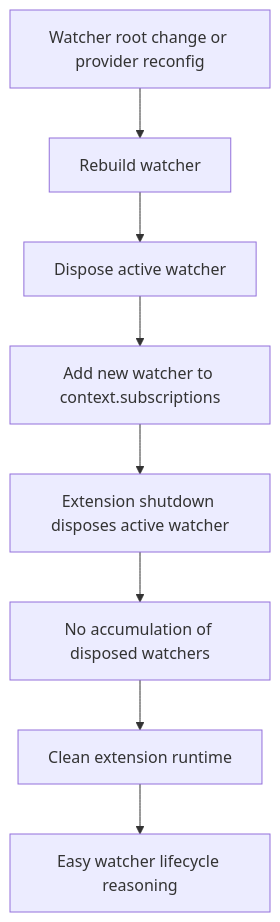
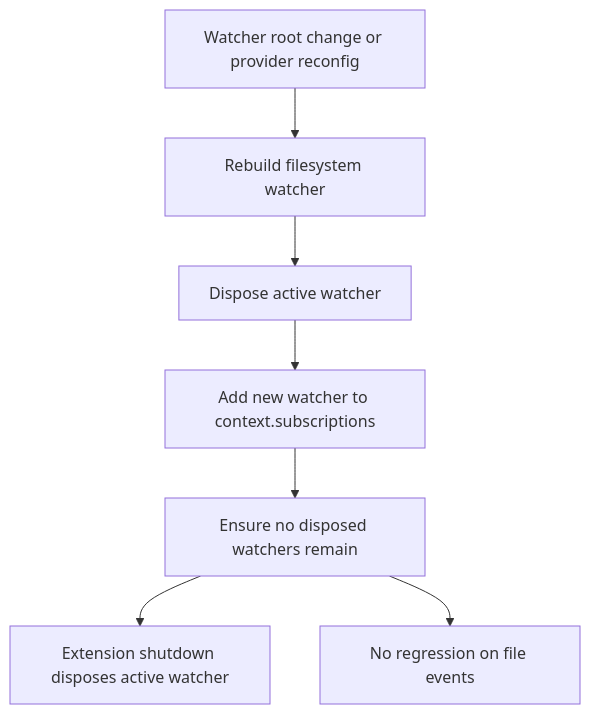
Before and after one commit to AlexAgo83/logics-manager: the diagram in logics/request/req_047_prevent_disposed_file_watchers_from_accumulating_in_extension_subscriptions.md, drawn with Mermaid. The commit also changed 50 other files, not shown here.

````diff
--- a/logics/request/req_047_prevent_disposed_file_watchers_from_accumulating_in_extension_subscriptions.md
+++ b/logics/request/req_047_prevent_disposed_file_watchers_from_accumulating_in_extension_subscriptions.md
@@ -10,12 +10,11 @@
 ```mermaid
 %% logics-kind: request
 %% logics-signature: request|prevent-disposed-file-watchers-from-accu|keep-the-extension-runtime-clean-when|ac1-rebuilding-the-watcher-does-not
 flowchart TD
-  A[Watcher root change or provider reconfig] --> B[Rebuild watcher]
+  A[Watcher root change or provider reconfig] --> B[Rebuild filesystem watcher]
   B --> C[Dispose active watcher]
   C --> D[Add new watcher to context.subscriptions]
-  D --> E[Extension shutdown disposes active watcher]
-  E --> F[No accumulation of disposed watchers]
-  F --> G[Clean extension runtime]
-  G --> H[Easy watcher lifecycle reasoning]
+  D --> E[Ensure no disposed watchers remain]
+  E --> F[Extension shutdown disposes active watcher]
+  E --> G[No regression on file events]
 ```
````
